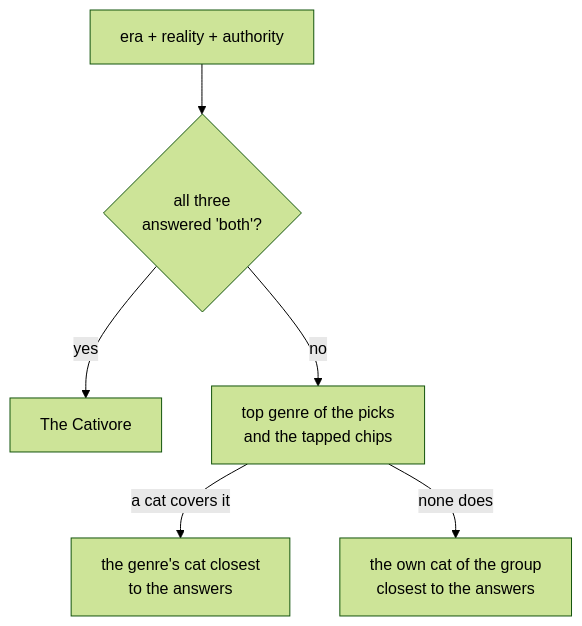
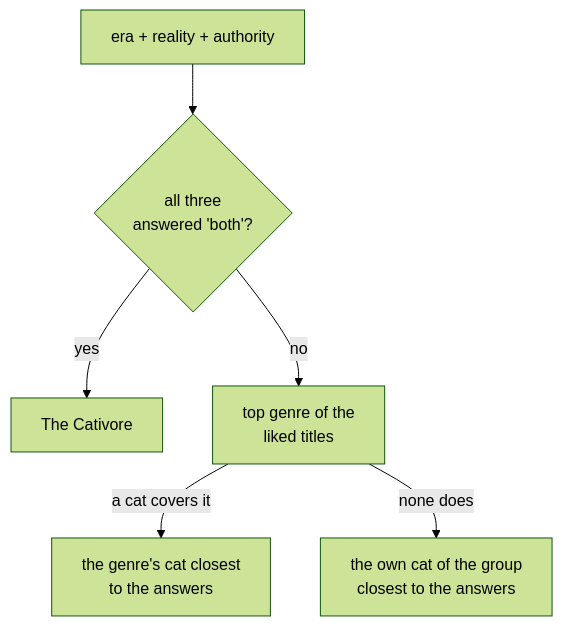
One commit to Nicky-Sa/meowie-reactnative changed the second of 2 diagrams in features/taste/how-taste-works.md. Above: the diagram before and after it, drawn with Mermaid (forest theme). The commit also changed other lines of this file and 26 other files, not shown here.

````diff
--- a/features/taste/how-taste-works.md
+++ b/features/taste/how-taste-works.md
@@ -148,8 +122,8 @@
 ```mermaid
 flowchart TD
     A[era + reality + authority] --> B{all three<br/>answered 'both'?}
     B -->|yes| C[The Cativore]
-    B -->|no| D[top genre of the picks<br/>and the tapped chips]
+    B -->|no| D[top genre of the<br/>liked titles]
     D -->|a cat covers it| E[the genre's cat closest<br/>to the answers]
     D -->|none does| F[the own cat of the group<br/>closest to the answers]
 ```
````
